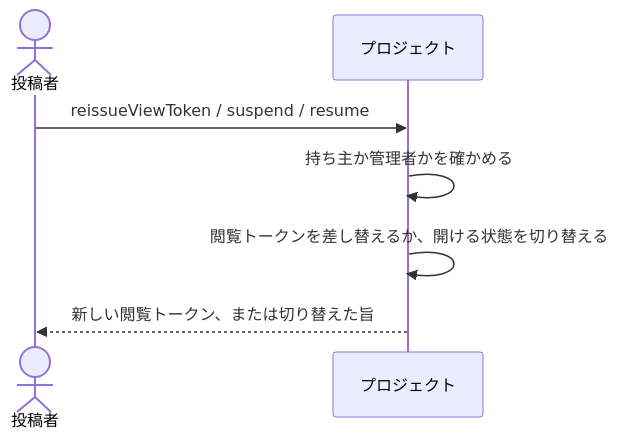
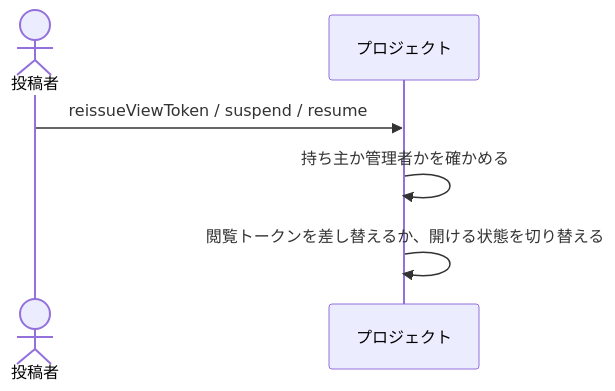
Before and after one commit to daidaiiro-519/waffle: the diagram in .waffle/specs/bc-artifact-share/subdomain/sd-artifact-sharing/usecase/uc-control-project-access.md, drawn with Mermaid. The commit also changed other lines of this file and 4 other files, not shown here.

````diff
--- a/.waffle/specs/bc-artifact-share/subdomain/sd-artifact-sharing/usecase/uc-control-project-access.md
+++ b/.waffle/specs/bc-artifact-share/subdomain/sd-artifact-sharing/usecase/uc-control-project-access.md
@@ -56,8 +55,7 @@
 ```mermaid
 sequenceDiagram
     actor 投稿者
     投稿者->>プロジェクト: reissueViewToken / suspend / resume
     プロジェクト->>プロジェクト: 持ち主か管理者かを確かめる
     プロジェクト->>プロジェクト: 閲覧トークンを差し替えるか、開ける状態を切り替える
-    プロジェクト-->>投稿者: 新しい閲覧トークン、または切り替えた旨
 ```
````
